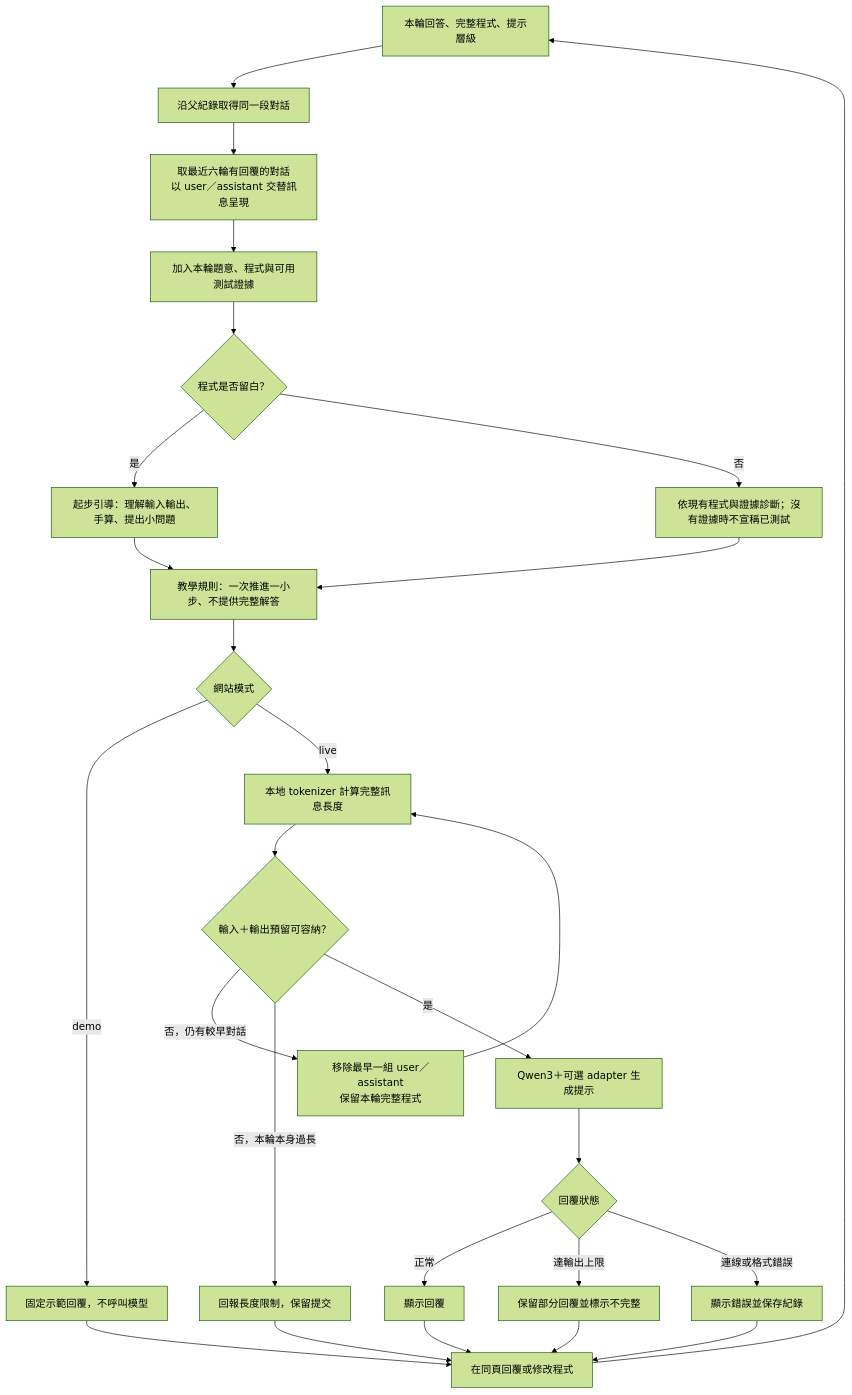
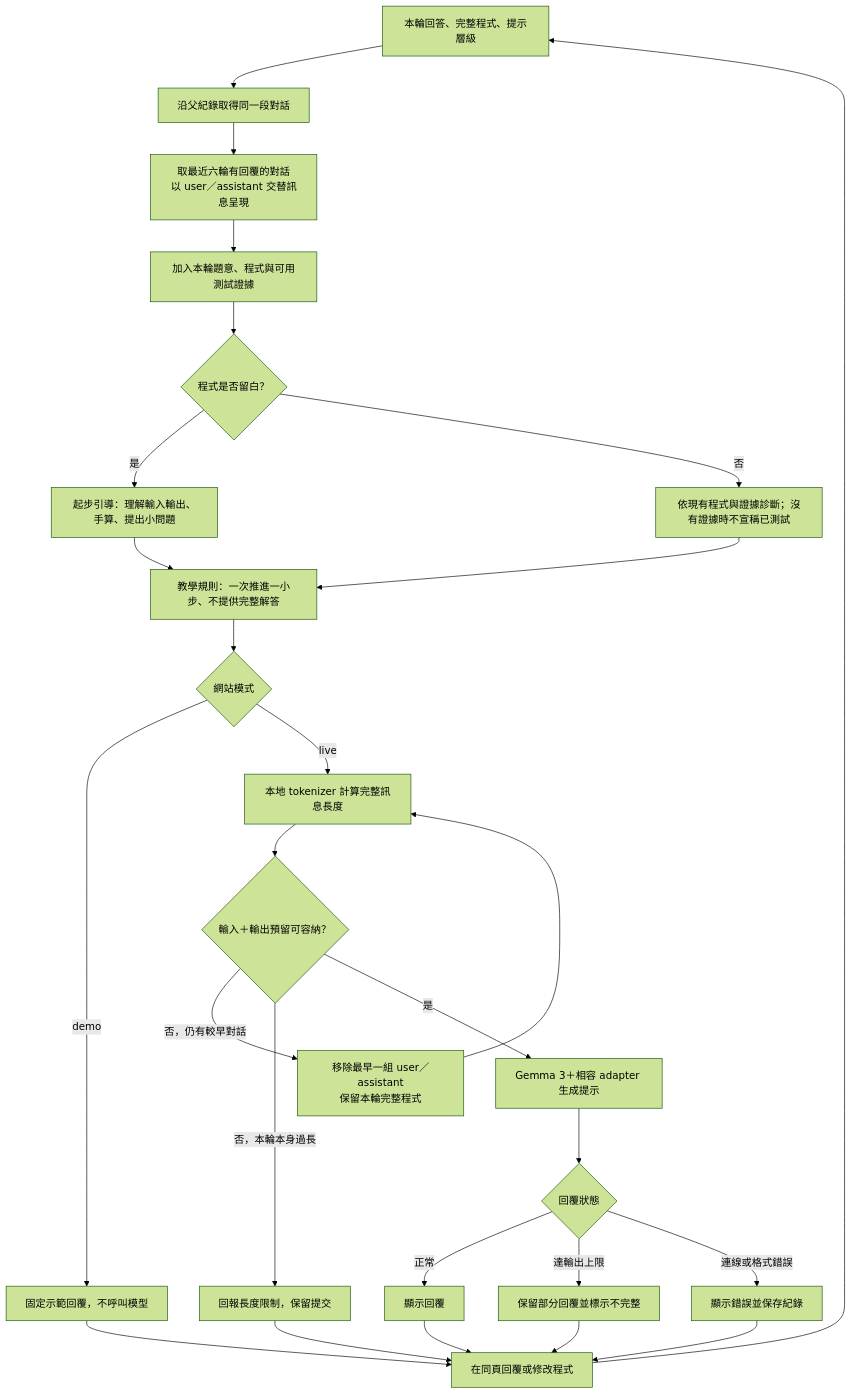
The fourth of 5 diagrams in docs/FLOWCHARTS.md (yuu1026/CPE-Coach), drawn with Mermaid (forest theme) before and after one commit. The commit also changed other lines of this file and 19 other files, not shown here.

Commit message:
feat: replace Qwen backend with local Gemma 3 4B IT

````diff
--- a/docs/FLOWCHARTS.md
+++ b/docs/FLOWCHARTS.md
@@ -84,29 +84,29 @@
 ```mermaid
 flowchart TD
     A["本輪回答、完整程式、提示層級"] --> B["沿父紀錄取得同一段對話"]
     B --> C["取最近六輪有回覆的對話<br/>以 user／assistant 交替訊息呈現"]
     C --> D["加入本輪題意、程式與可用測試證據"]
     D --> E{"程式是否留白？"}
     E -->|是| F["起步引導：理解輸入輸出、手算、提出小問題"]
     E -->|否| G["依現有程式與證據診斷；沒有證據時不宣稱已測試"]
     F --> H["教學規則：一次推進一小步、不提供完整解答"]
     G --> H
     H --> I{"網站模式"}
     I -->|demo| J["固定示範回覆，不呼叫模型"]
     I -->|live| K["本地 tokenizer 計算完整訊息長度"]
     K --> L{"輸入＋輸出預留可容納？"}
     L -->|否，仍有較早對話| M["移除最早一組 user／assistant<br/>保留本輪完整程式"]
     M --> K
     L -->|否，本輪本身過長| N["回報長度限制，保留提交"]
-    L -->|是| O["Qwen3＋可選 adapter 生成提示"]
+    L -->|是| O["Gemma 3＋相容 adapter 生成提示"]
     O --> P{"回覆狀態"}
     P -->|正常| Q["顯示回覆"]
     P -->|達輸出上限| R["保留部分回覆並標示不完整"]
     P -->|連線或格式錯誤| S["顯示錯誤並保存紀錄"]
     J --> T["在同頁回覆或修改程式"]
     Q --> T
     R --> T
     S --> T
     N --> T
     T --> A
 ```
````
